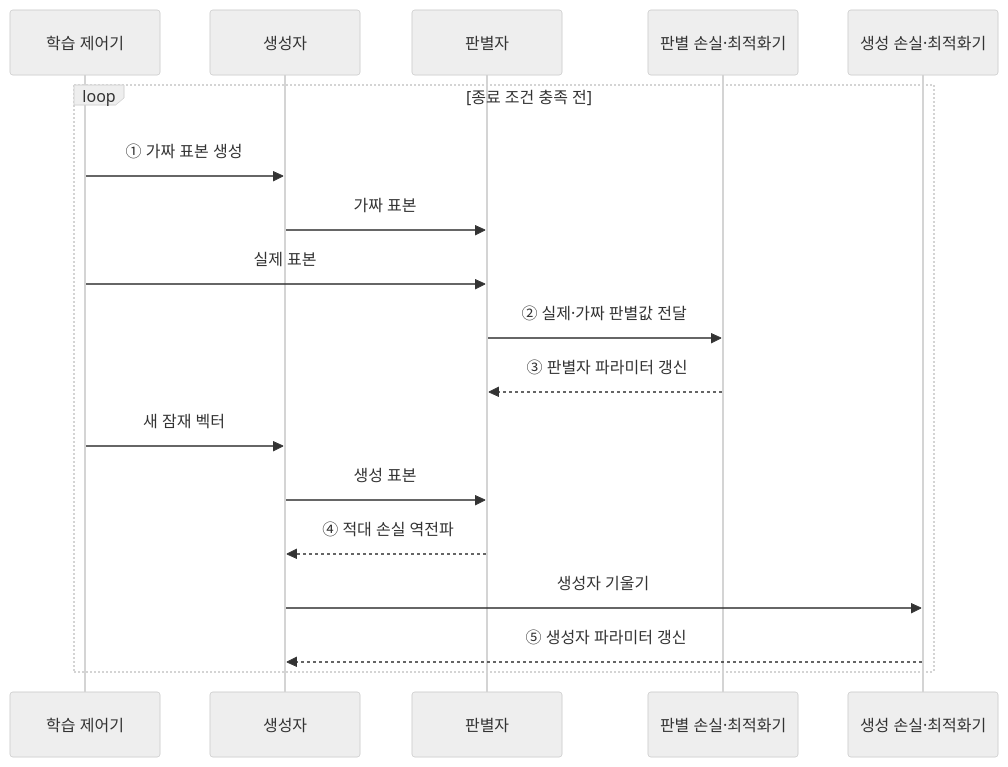
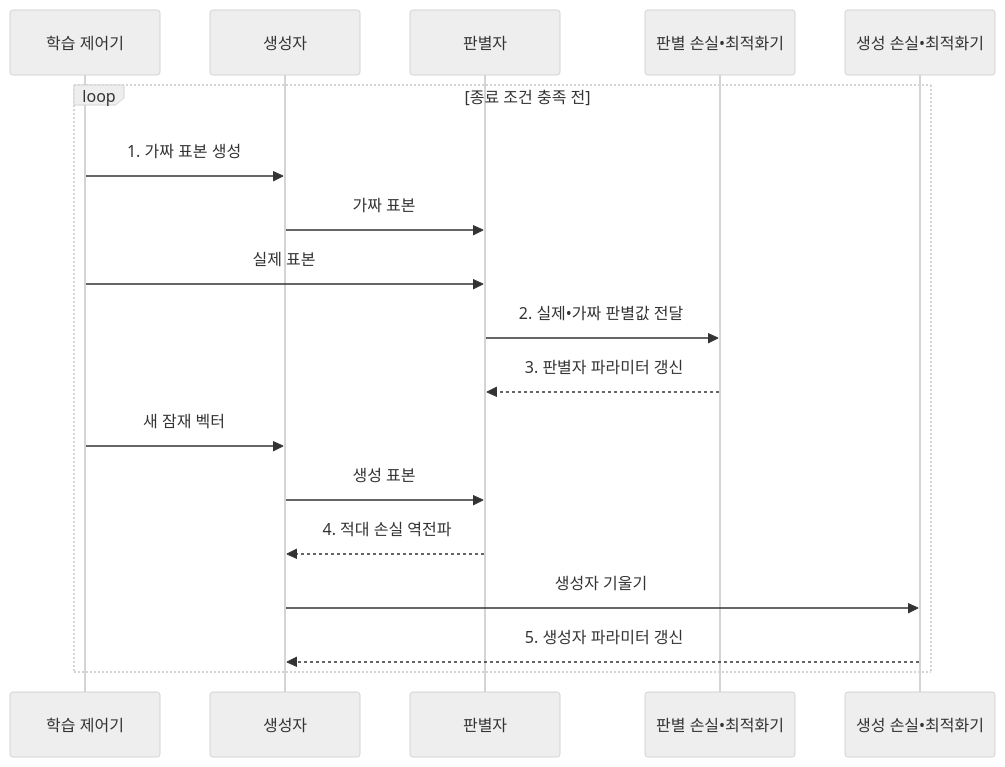
The second of 2 diagrams in src/content/docs/notes/01-basic-theory/046_gan.md (agnusdei1207/knowledge-base), drawn with Mermaid (neutral theme) before and after one commit. The commit also changed other lines of this file and 20 other files, not shown here.

````diff
--- a/src/content/docs/notes/01-basic-theory/046_gan.md
+++ b/src/content/docs/notes/01-basic-theory/046_gan.md
@@ -92,20 +88,20 @@
 ```mermaid
 sequenceDiagram
     participant T as 학습 제어기
     participant G as 생성자
     participant D as 판별자
-    participant OD as 판별 손실·최적화기
-    participant OG as 생성 손실·최적화기
+    participant OD as 판별 손실•최적화기
+    participant OG as 생성 손실•최적화기
     loop 종료 조건 충족 전
-        T->>G: ① 가짜 표본 생성
+        T->>G: 1. 가짜 표본 생성
         G->>D: 가짜 표본
         T->>D: 실제 표본
-        D->>OD: ② 실제·가짜 판별값 전달
-        OD-->>D: ③ 판별자 파라미터 갱신
+        D->>OD: 2. 실제•가짜 판별값 전달
+        OD-->>D: 3. 판별자 파라미터 갱신
         T->>G: 새 잠재 벡터
         G->>D: 생성 표본
-        D-->>G: ④ 적대 손실 역전파
+        D-->>G: 4. 적대 손실 역전파
         G->>OG: 생성자 기울기
-        OG-->>G: ⑤ 생성자 파라미터 갱신
+        OG-->>G: 5. 생성자 파라미터 갱신
     end
 ```
````
